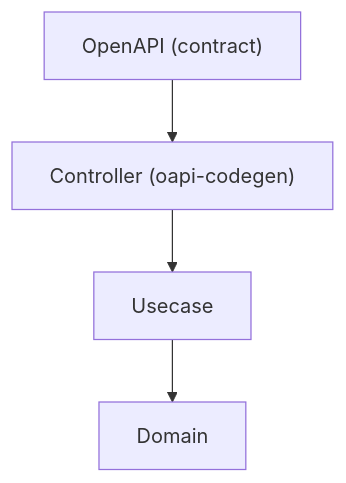
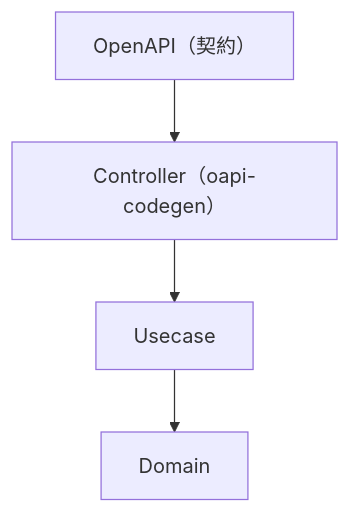
Before and after one commit to Tomy-ch/go-boilerplate: the diagram in openapi/README.md, drawn with Mermaid. The commit also changed other lines of this file and 970 other files, not shown here.

````diff
--- a/openapi/README.md
+++ b/openapi/README.md
@@ -41,4 +41,4 @@
 ```mermaid
 flowchart TB
-    OpenAPI["OpenAPI (contract)"] --> Controller["Controller (oapi-codegen)"] --> Usecase --> Domain
+    OpenAPI["OpenAPI（契約）"] --> Controller["Controller（oapi-codegen）"] --> Usecase --> Domain
 ```
````
